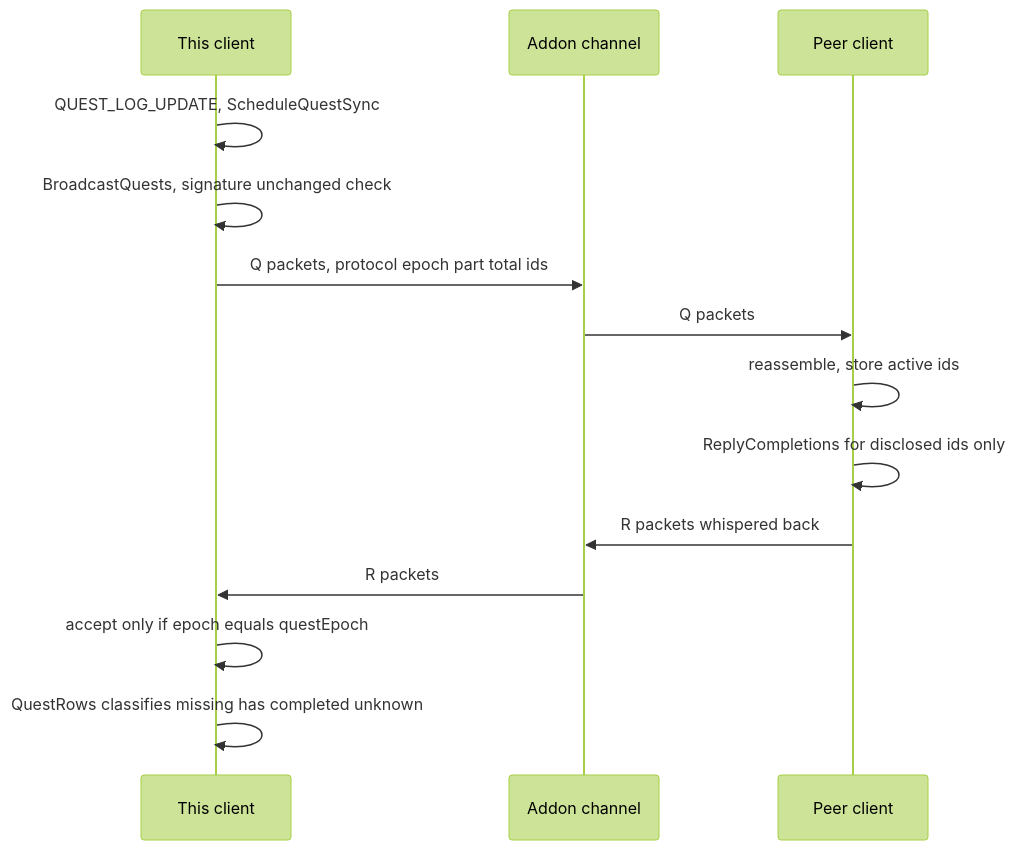
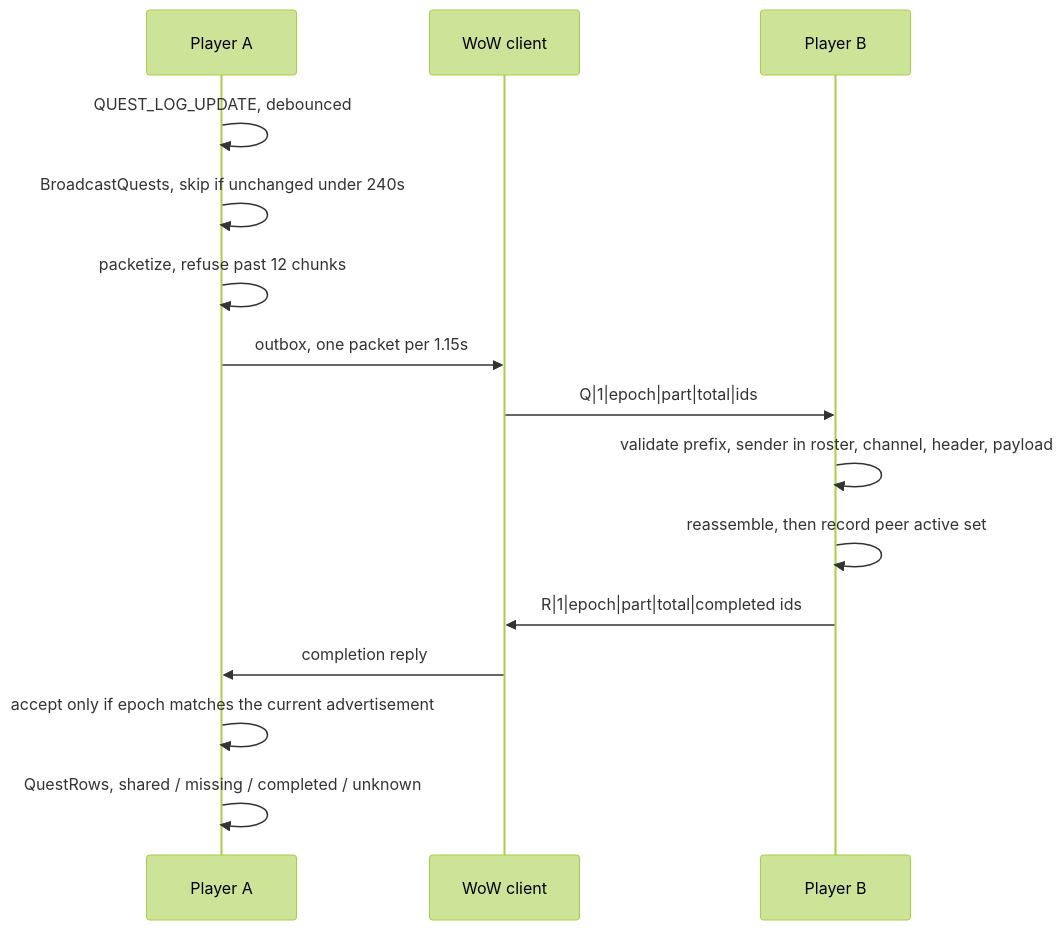
One commit to mreillyorg/ForeverCommsBundle changed the third of 3 diagrams in aidlc-docs/inception/reverse-engineering/architecture.md. Above: the diagram before and after it, drawn with Mermaid (forest theme). The commit also changed other lines of this file and 30 other files, not shown here.

````diff
--- a/aidlc-docs/inception/reverse-engineering/architecture.md
+++ b/aidlc-docs/inception/reverse-engineering/architecture.md
@@ -243,17 +131,17 @@
 ```mermaid
 sequenceDiagram
-    participant Me as This client
-    participant Chan as Addon channel
-    participant Peer as Peer client
-
-    Me->>Me: QUEST_LOG_UPDATE, ScheduleQuestSync
-    Me->>Me: BroadcastQuests, signature unchanged check
-    Me->>Chan: Q packets, protocol epoch part total ids
-    Chan->>Peer: Q packets
-    Peer->>Peer: reassemble, store active ids
-    Peer->>Peer: ReplyCompletions for disclosed ids only
-    Peer->>Chan: R packets whispered back
-    Chan->>Me: R packets
-    Me->>Me: accept only if epoch equals questEpoch
-    Me->>Me: QuestRows classifies missing has completed unknown
+    participant A as Player A
+    participant Client as WoW client
+    participant B as Player B
+    A->>A: QUEST_LOG_UPDATE, debounced
+    A->>A: BroadcastQuests, skip if unchanged under 240s
+    A->>A: packetize, refuse past 12 chunks
+    A->>Client: outbox, one packet per 1.15s
+    Client->>B: Q|1|epoch|part|total|ids
+    B->>B: validate prefix, sender in roster, channel, header, payload
+    B->>B: reassemble, then record peer active set
+    B->>Client: R|1|epoch|part|total|completed ids
+    Client->>A: completion reply
+    A->>A: accept only if epoch matches the current advertisement
+    A->>A: QuestRows, shared / missing / completed / unknown
 ```
````
